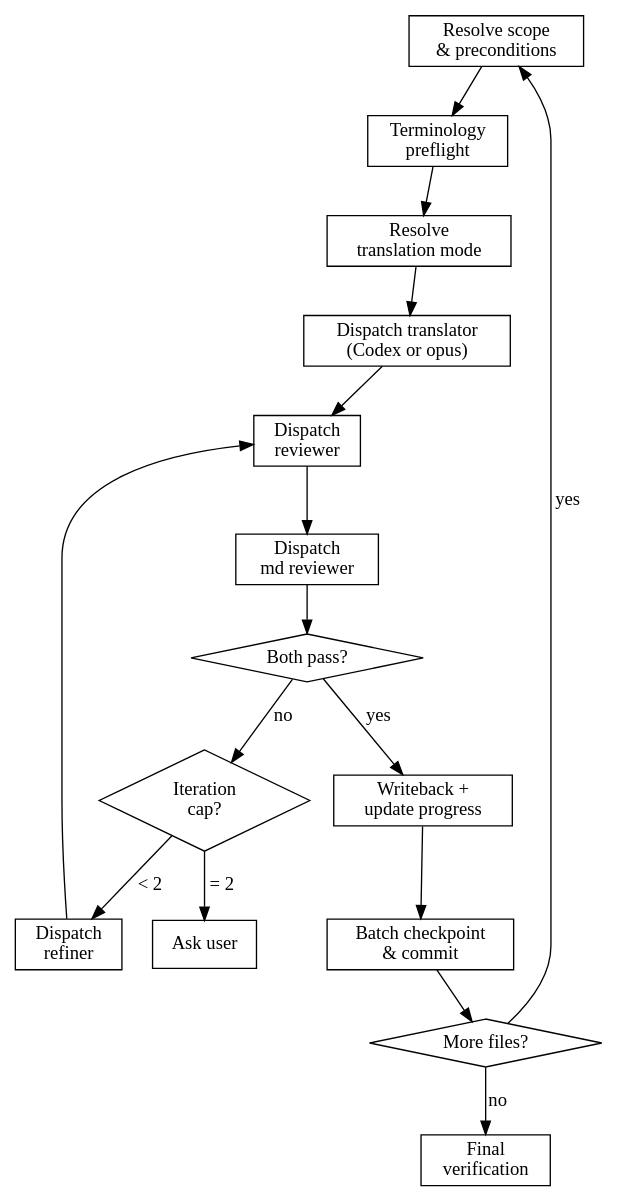
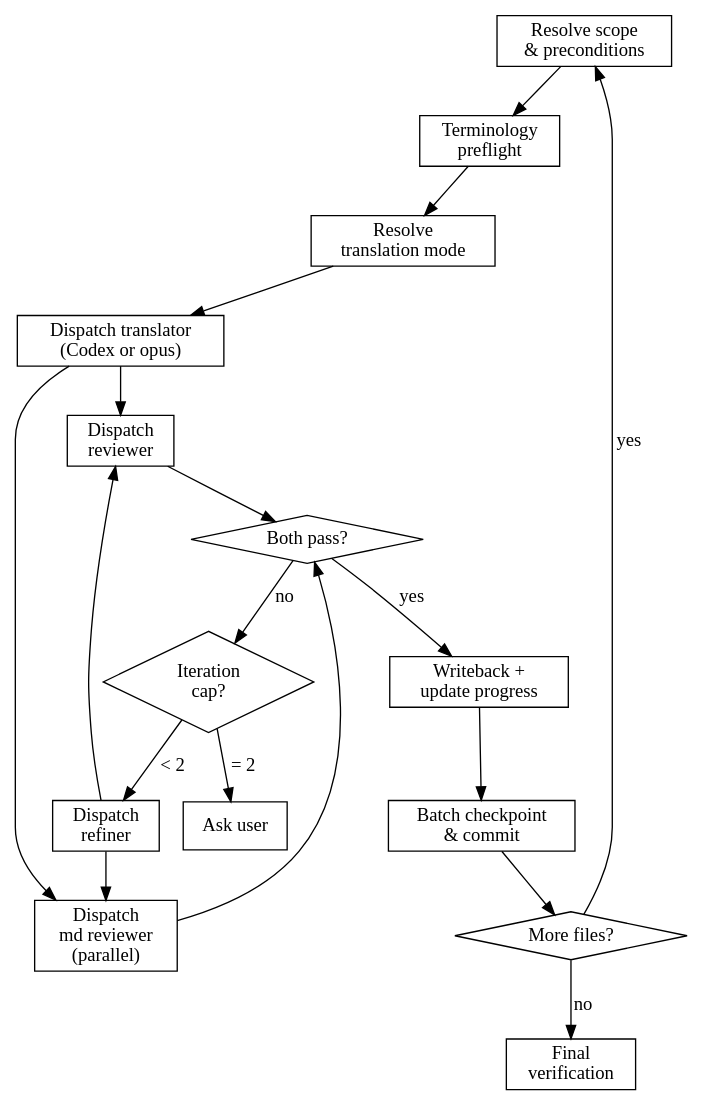
Before and after one commit to tool-jx3/game-doc-template: the diagram in .claude/skills/super-translate/SKILL.md, drawn with Graphviz. The commit also changed other lines of this file and 3 other files, not shown here.

````diff
--- a/.claude/skills/super-translate/SKILL.md
+++ b/.claude/skills/super-translate/SKILL.md
@@ -171,33 +178,35 @@
 ```dot
 digraph super_translate {
     rankdir=TB;
     start [label="Resolve scope\n& preconditions", shape=box];
     preflight [label="Terminology\npreflight", shape=box];
     mode [label="Resolve\ntranslation mode", shape=box];
     translate [label="Dispatch translator\n(Codex or opus)", shape=box];
     review [label="Dispatch\nreviewer", shape=box];
-    mdreview [label="Dispatch\nmd reviewer", shape=box];
+    mdreview [label="Dispatch\nmd reviewer\n(parallel)", shape=box];
     pass [label="Both pass?", shape=diamond];
     refine [label="Dispatch\nrefiner", shape=box];
     cap [label="Iteration\ncap?", shape=diamond];
     writeback [label="Writeback +\nupdate progress", shape=box];
     ask [label="Ask user", shape=box];
     checkpoint [label="Batch checkpoint\n& commit", shape=box];
     more [label="More files?", shape=diamond];
     verify [label="Final\nverification", shape=box];
 
     start -> preflight -> mode -> translate;
     translate -> review;
-    review -> mdreview;
+    translate -> mdreview;
+    review -> pass;
     mdreview -> pass;
     pass -> writeback [label="yes"];
     pass -> cap [label="no"];
     cap -> refine [label="< 2"];
     cap -> ask [label="= 2"];
     refine -> review;
+    refine -> mdreview;
     writeback -> checkpoint;
     checkpoint -> more;
     more -> start [label="yes"];
     more -> verify [label="no"];
 }
 ```
````
